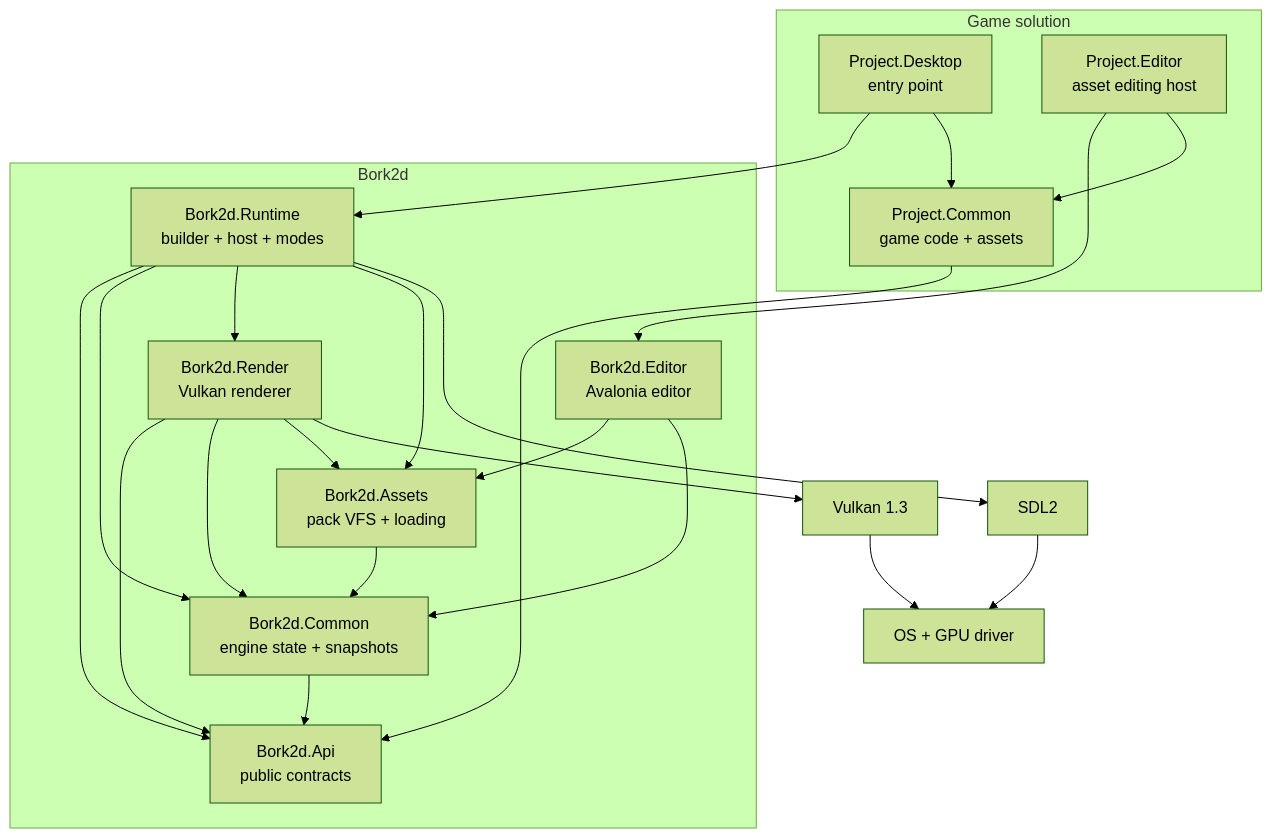
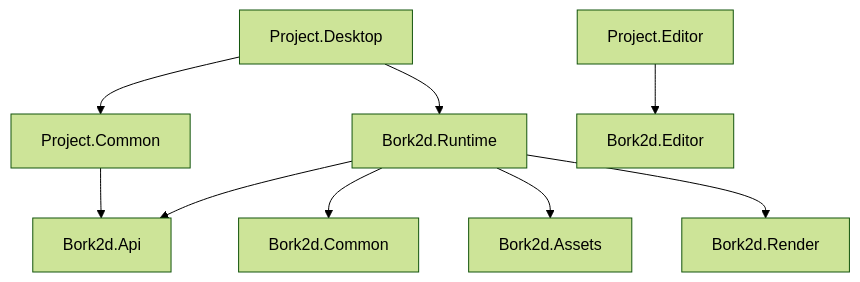
The diagram in docs/architecture/overview.md (BorkEngine/Bork2d), drawn with Mermaid (forest theme) before and after one commit. The commit also changed other lines of this file and 21 other files, not shown here.

````diff
--- a/docs/architecture/overview.md
+++ b/docs/architecture/overview.md
@@ -69,44 +64,11 @@
 ```mermaid
 flowchart TB
-  subgraph game["Game solution"]
-    PC["Project.Common<br/>game code + assets"]
-    PD["Project.Desktop<br/>entry point"]
-    PE["Project.Editor<br/>asset editing host"]
-  end
-
-  subgraph engine["Bork2d"]
-    API["Bork2d.Api<br/>public contracts"]
-    RT["Bork2d.Runtime<br/>builder + host + modes"]
-    CORE["Bork2d.Common<br/>engine state + snapshots"]
-    REN["Bork2d.Render<br/>Vulkan renderer"]
-    ASSETS["Bork2d.Assets<br/>pack VFS + loading"]
-    EDITOR["Bork2d.Editor<br/>Avalonia editor"]
-  end
-
-  SDL["SDL2"]
-  VK["Vulkan 1.3"]
-  OS["OS + GPU driver"]
-
-  PC --> API
-  PD --> RT
-  PD --> PC
-  PE --> EDITOR
-  PE --> PC
-
+  PD["Project.Desktop"] --> RT["Bork2d.Runtime"]
+  PD --> PC["Project.Common"]
+  PE["Project.Editor"] --> ED["Bork2d.Editor"]
+  PC --> API["Bork2d.Api"]
   RT --> API
-  RT --> CORE
-  RT --> REN
-  RT --> ASSETS
-  CORE --> API
-  REN --> API
-  REN --> CORE
-  REN --> ASSETS
-  ASSETS --> CORE
-  EDITOR --> ASSETS
-  EDITOR --> CORE
-
-  RT --> SDL
-  REN --> VK
-  SDL --> OS
-  VK --> OS
+  RT --> C["Bork2d.Common"]
+  RT --> A["Bork2d.Assets"]
+  RT --> R["Bork2d.Render"]
 ```
````
